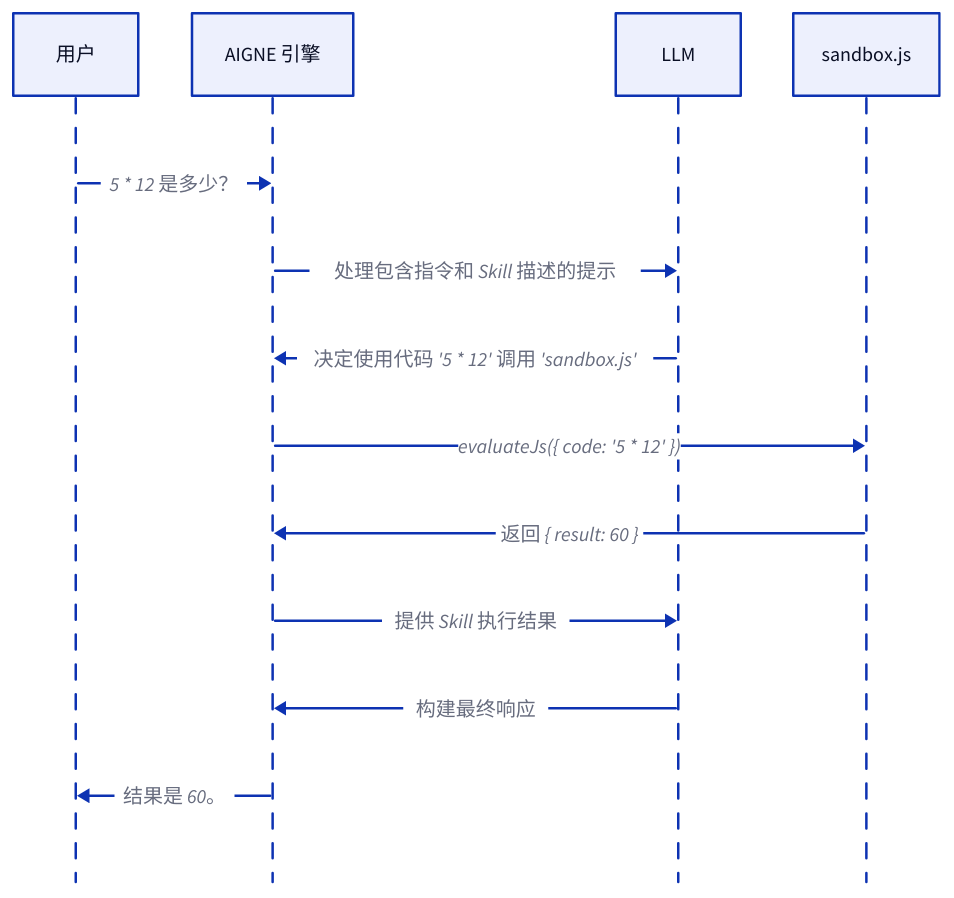
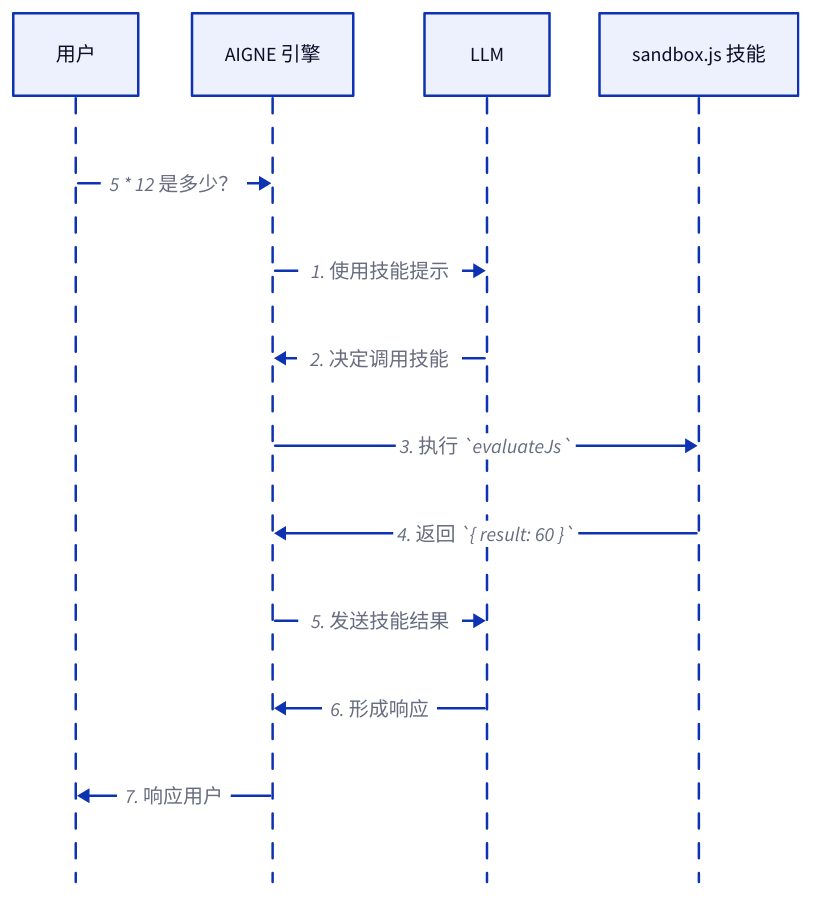
Before and after one commit to AIGNE-io/aigne-framework: the second of 2 diagrams in packages/cli/docs/core-concepts-agents-and-skills.zh.md, drawn with D2. The commit also changed other lines of this file and 38 other files, not shown here.

````diff
--- a/packages/cli/docs/core-concepts-agents-and-skills.zh.md
+++ b/packages/cli/docs/core-concepts-agents-and-skills.zh.md
@@ -129,17 +132,17 @@
 ```d2
 shape: sequence_diagram
 
-User: "用户"
-Agent: "AIGNE 引擎"
-LLM: "LLM"
-Skill: "sandbox.js"
+User: 用户
+AIGNE-Engine: "AIGNE 引擎"
+LLM: LLM
+Sandbox-Skill: "sandbox.js 技能"
 
-User -> Agent: "5 * 12 是多少？"
-Agent -> LLM: "处理包含指令和 Skill 描述的提示"
-LLM --> Agent: "决定使用代码 '5 * 12' 调用 'sandbox.js'"
-Agent -> Skill: "evaluateJs({ code: '5 * 12' })"
-Skill --> Agent: "返回 { result: 60 }"
-Agent -> LLM: "提供 Skill 执行结果"
-LLM --> Agent: "构建最终响应"
-Agent --> User: "结果是 60。"
+User -> AIGNE-Engine: "5 * 12 是多少？"
+AIGNE-Engine -> LLM: "1. 使用技能提示"
+LLM --> AIGNE-Engine: "2. 决定调用技能"
+AIGNE-Engine -> Sandbox-Skill: "3. 执行 `evaluateJs`"
+Sandbox-Skill --> AIGNE-Engine: "4. 返回 `{ result: 60 }`"
+AIGNE-Engine -> LLM: "5. 发送技能结果"
+LLM --> AIGNE-Engine: "6. 形成响应"
+AIGNE-Engine -> User: "7. 响应用户"
 ```
````
